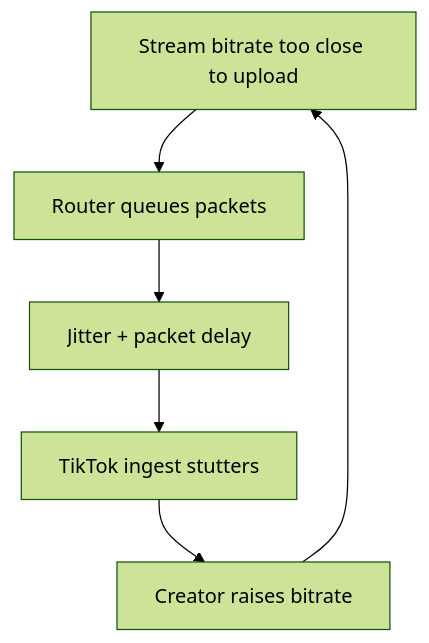
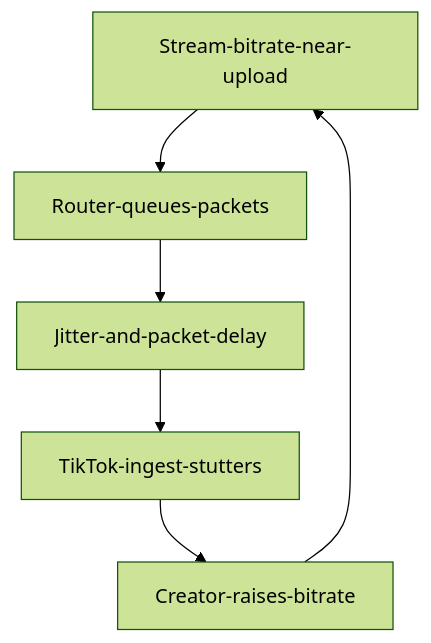
The diagram in data/blog/tiktok-live-dropping-frames-obs-preview-smooth-decision-guide-2026.mdx (littl3-boat/ttwise), drawn with Mermaid (forest theme) before and after one commit. The commit also changed 35 other files, not shown here.

First line of the commit message:
feat: fix Mermaid diagram syntax across blog posts and add new Reddit-sourced blog entries

````diff
--- a/data/blog/tiktok-live-dropping-frames-obs-preview-smooth-decision-guide-2026.mdx
+++ b/data/blog/tiktok-live-dropping-frames-obs-preview-smooth-decision-guide-2026.mdx
@@ -39,8 +39,8 @@
 ```mermaid
-graph TD
-  A[Stream bitrate too close to upload] --> B[Router queues packets]
-  B --> C[Jitter + packet delay]
-  C --> D[TikTok ingest stutters]
-  D --> E[Creator raises bitrate]
+flowchart TD
+  A[Stream-bitrate-near-upload] --> B[Router-queues-packets]
+  B --> C[Jitter-and-packet-delay]
+  C --> D[TikTok-ingest-stutters]
+  D --> E[Creator-raises-bitrate]
   E --> A
 ```
````
